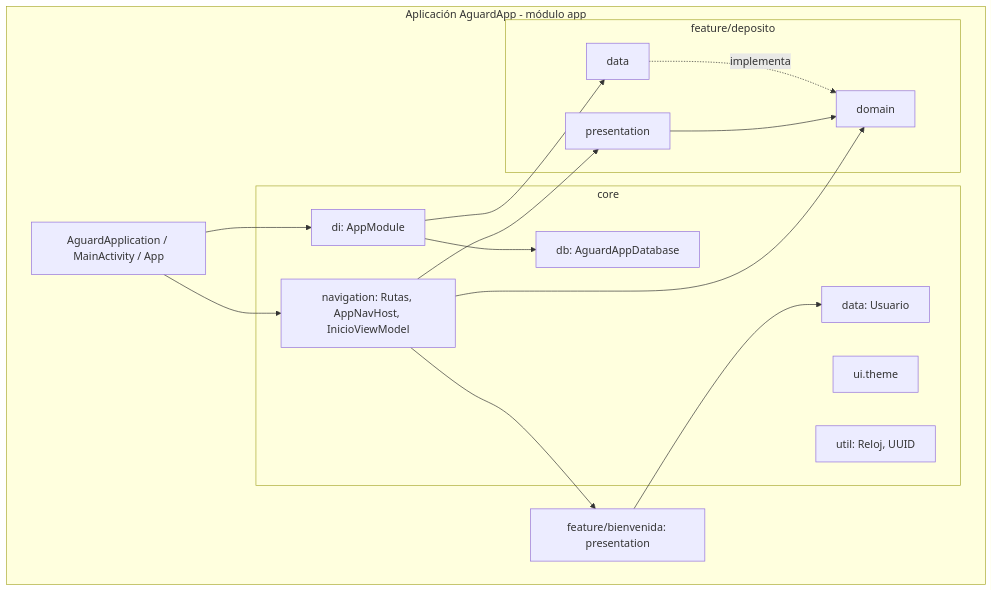
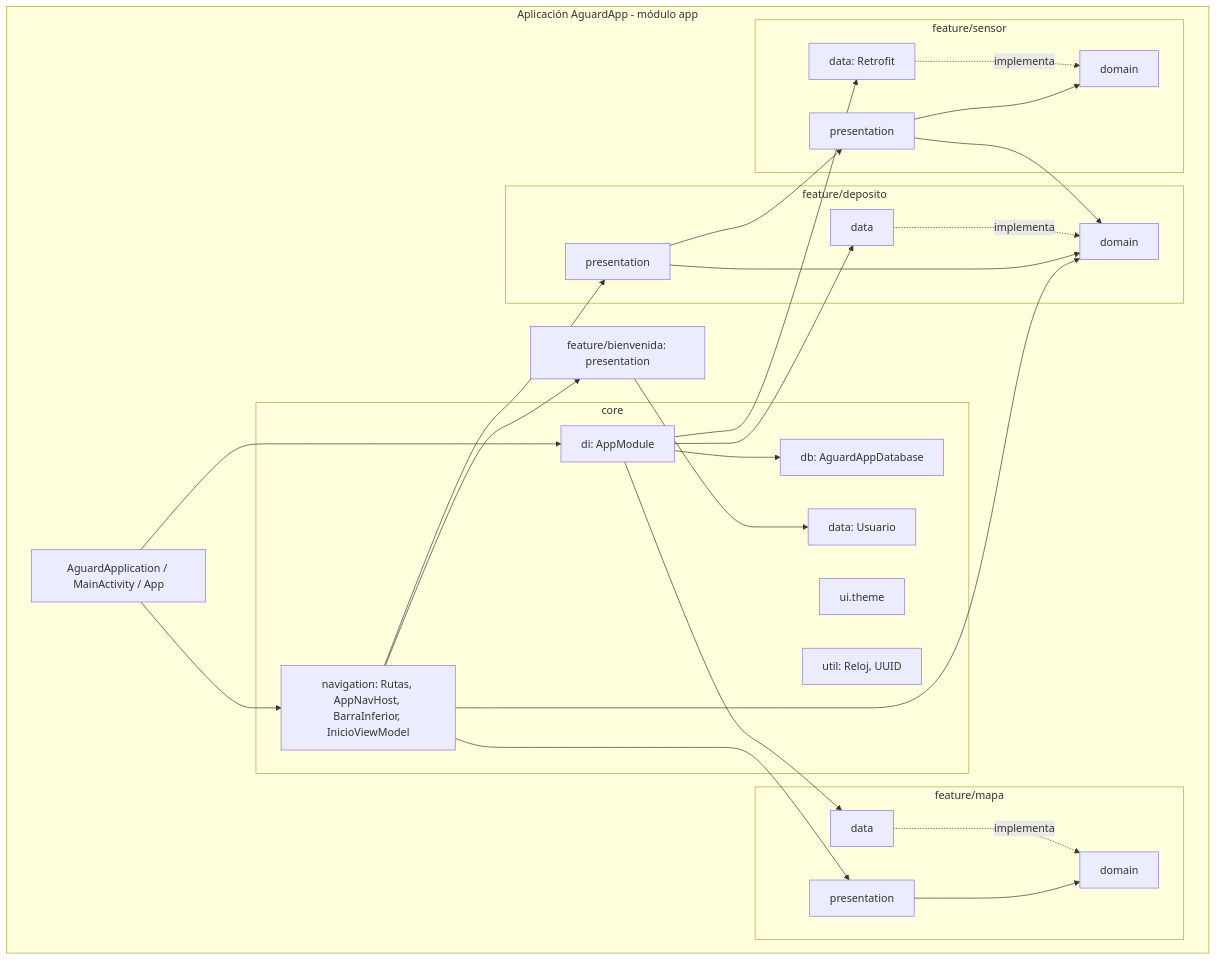
Before and after one commit to Cristhian465/Aguarda: the third of 21 diagrams in informes/FD04-SAD.md, drawn with Mermaid. The commit also changed other lines of this file and 5 other files, not shown here.

````diff
--- a/informes/FD04-SAD.md
+++ b/informes/FD04-SAD.md
@@ -145,31 +160,50 @@
 ```mermaid
 flowchart TB
   subgraph APP[Aplicación AguardApp - módulo app]
     MAIN[AguardApplication / MainActivity / App]
     subgraph CORE[core]
-      NAV[navigation: Rutas, AppNavHost, InicioViewModel]
+      NAV[navigation: Rutas, AppNavHost, BarraInferior, InicioViewModel]
       DI[di: AppModule]
       DB[db: AguardAppDatabase]
       DATA[data: Usuario]
       THEME[ui.theme]
       UTIL[util: Reloj, UUID]
     end
     BIEN[feature/bienvenida: presentation]
     subgraph DEP[feature/deposito]
       PRES[presentation]
       DOM[domain]
       DAT[data]
     end
+    subgraph MAPA[feature/mapa]
+      MPRES[presentation]
+      MDOM[domain]
+      MDAT[data]
+    end
+    subgraph SEN[feature/sensor]
+      SPRES[presentation]
+      SDOM[domain]
+      SDAT[data: Retrofit]
+    end
 
     MAIN --> NAV
     MAIN --> DI
     NAV --> BIEN
     NAV --> PRES
     NAV --> DOM
+    NAV --> MPRES
     PRES --> DOM
     DAT -. implementa .-> DOM
+    MPRES --> MDOM
+    MDAT -. implementa .-> MDOM
+    PRES --> SPRES
+    SPRES --> SDOM
+    SPRES --> DOM
+    SDAT -. implementa .-> SDOM
     DI --> DB
     DI --> DAT
+    DI --> MDAT
+    DI --> SDAT
     BIEN --> DATA
   end
 ```
````
